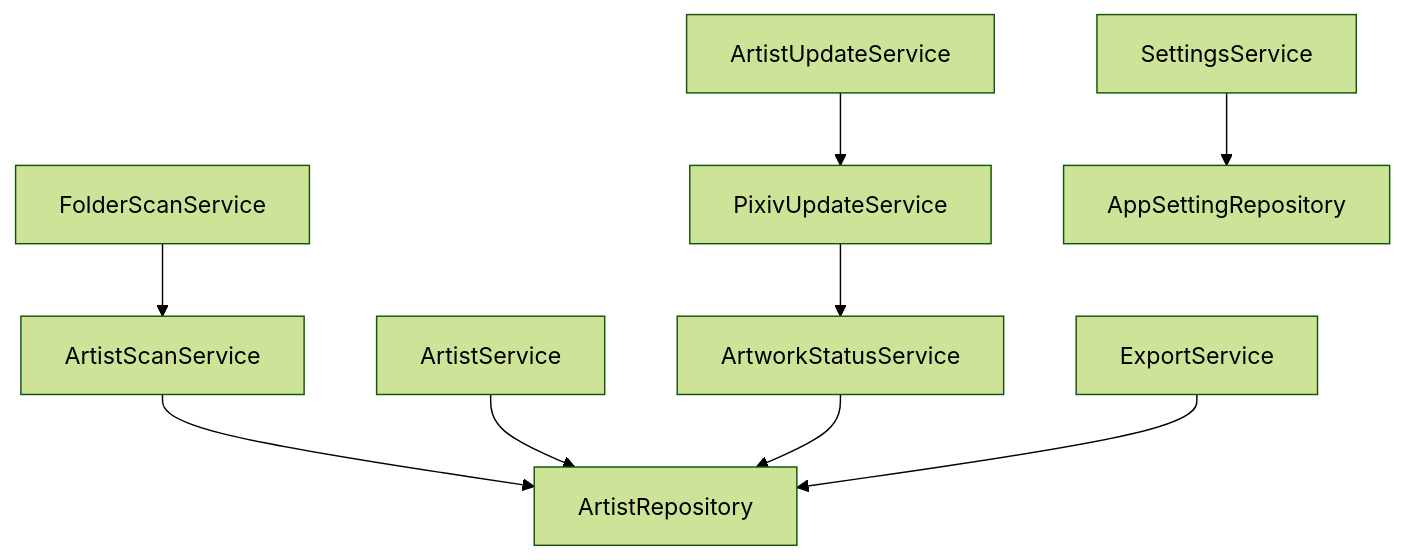
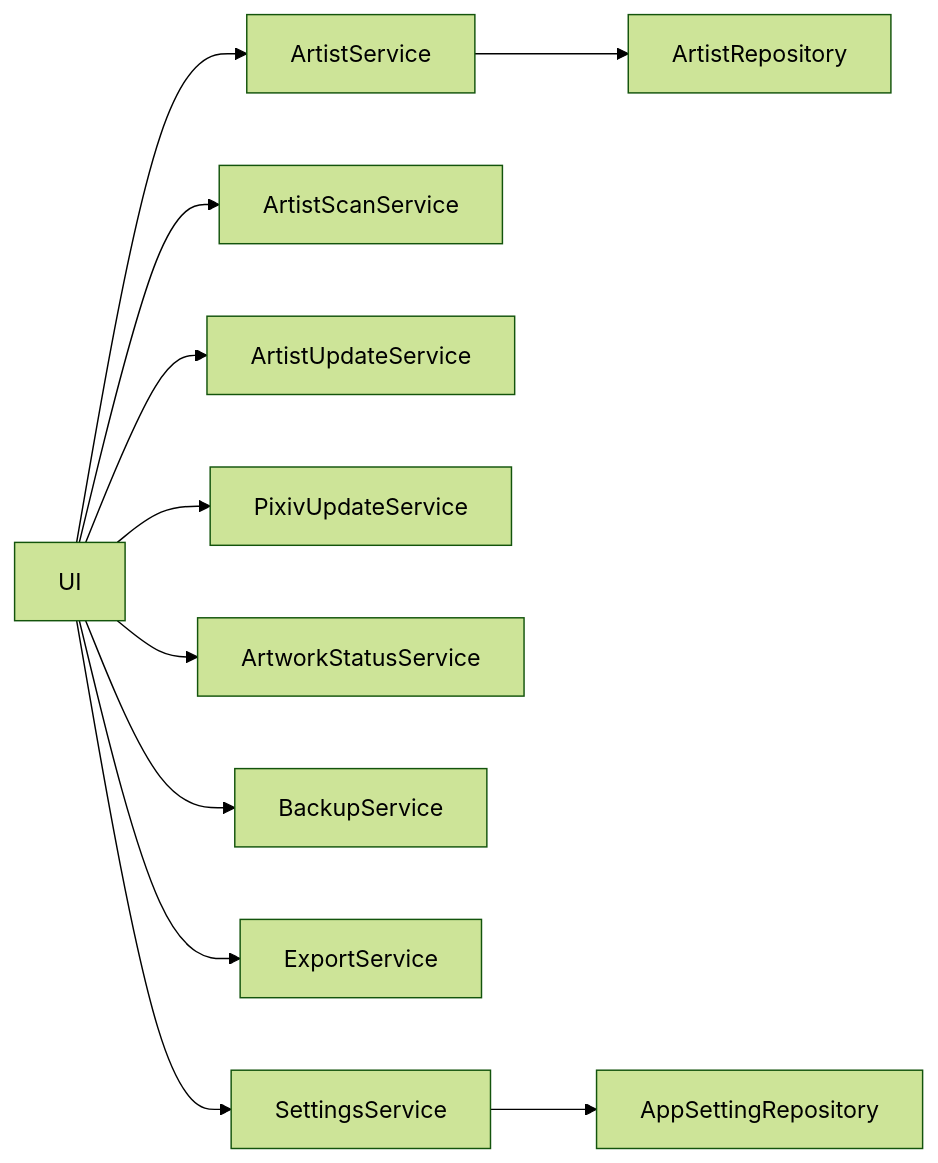
Before and after one commit to PKT0623/PixivLocalManager: the diagram in docs/08_SERVICES.md, drawn with Mermaid (forest theme). The commit also changed other lines of this file and 10 other files, not shown here.

````diff
--- a/docs/08_SERVICES.md
+++ b/docs/08_SERVICES.md
@@ -40,29 +23,17 @@
 ```mermaid
-flowchart TD
+flowchart LR
 
-FolderScanService
+UI[UI]
 
---> ArtistScanService
+UI --> ARTIST[ArtistService]
+UI --> SCAN[ArtistScanService]
+UI --> UPDATE[ArtistUpdateService]
+UI --> PIXIV[PixivUpdateService]
+UI --> STATUS[ArtworkStatusService]
+UI --> BACKUP[BackupService]
+UI --> EXPORT[ExportService]
+UI --> SETTINGS[SettingsService]
 
---> ArtistRepository
-
-ArtistService
-
---> ArtistRepository
-
-ArtistUpdateService
-
---> PixivUpdateService
-
---> ArtworkStatusService
-
---> ArtistRepository
-
-ExportService
-
---> ArtistRepository
-
-SettingsService
-
---> AppSettingRepository
+ARTIST --> REPO[ArtistRepository]
+SETTINGS --> SETTING_REPO[AppSettingRepository]
 ```
````
